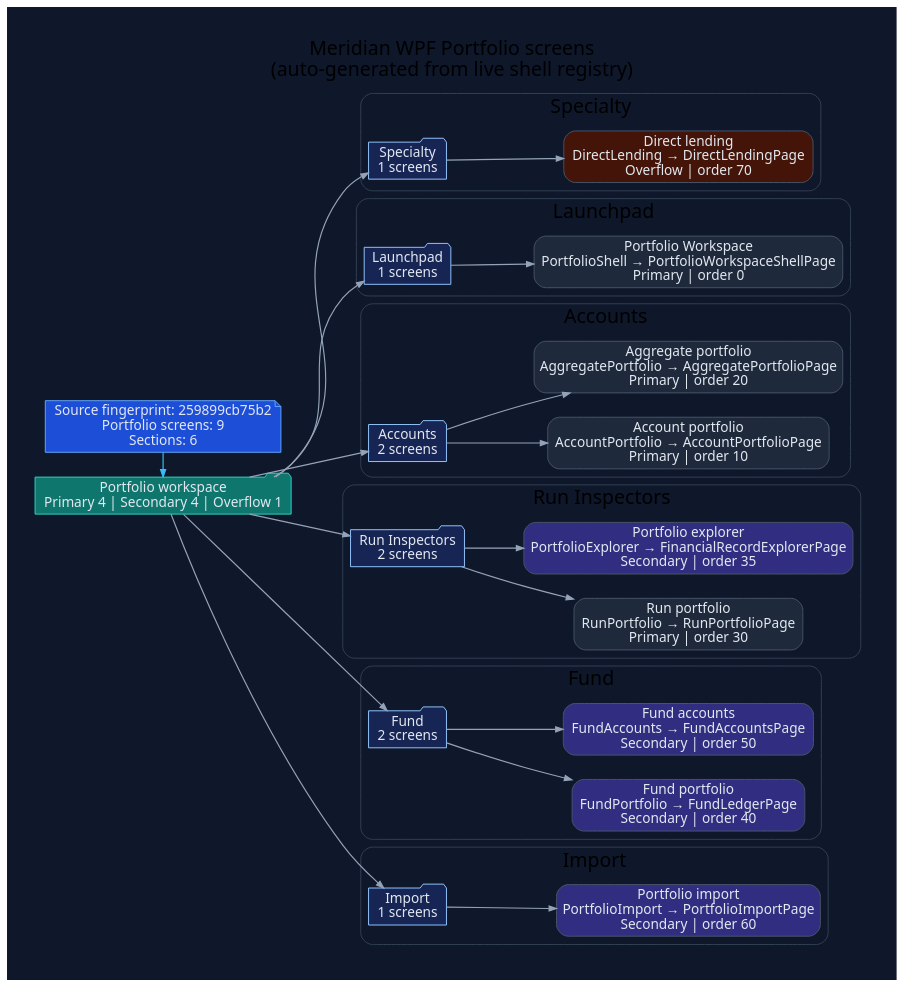
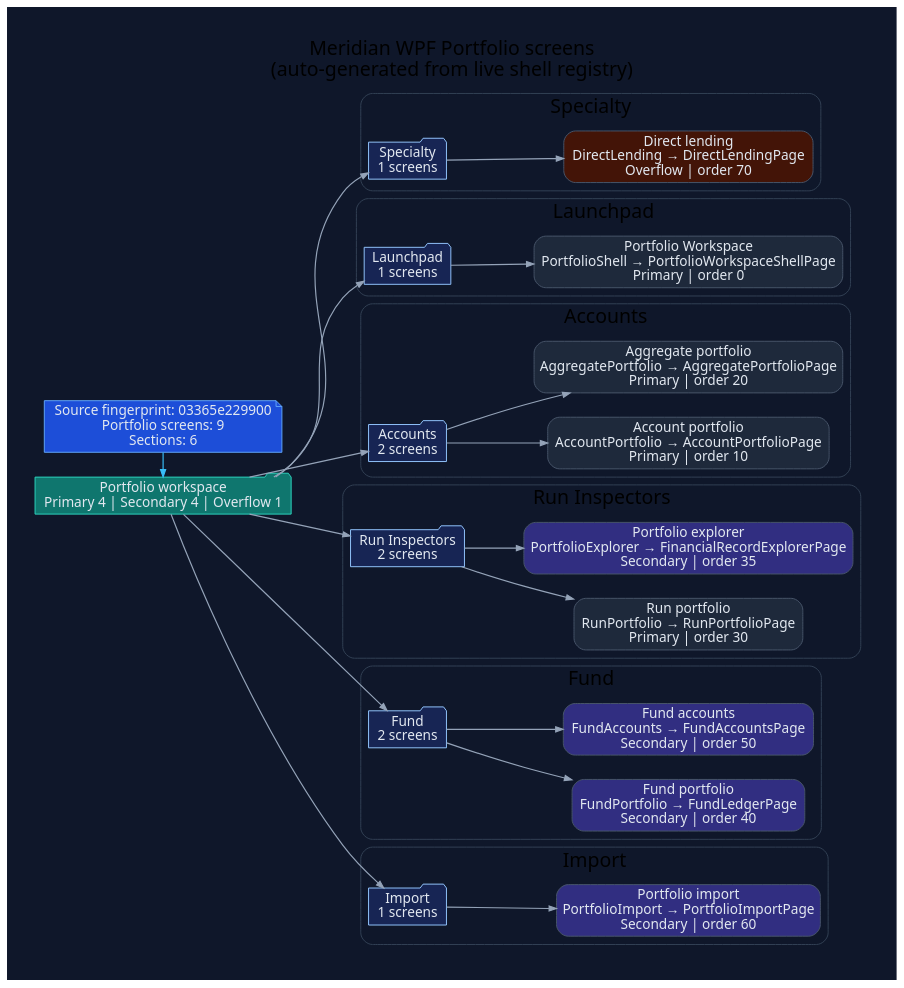
One commit to rodoHasArrived/Meridian-main changed the diagram in docs/diagrams/ui/ui-wpf-screens-portfolio.dot. Above: the diagram before and after it, drawn with Graphviz. The commit also changed 88 other files, not shown here.

```diff
--- a/docs/diagrams/ui/ui-wpf-screens-portfolio.dot
+++ b/docs/diagrams/ui/ui-wpf-screens-portfolio.dot
@@ -1,92 +1,92 @@
 // -----------------------------------------------------------------------------
 // <auto-generated>
 // Generated by scripts/generate-diagrams.mjs.
 // Do not edit this file directly; update the WPF source files instead.
 // -----------------------------------------------------------------------------
 digraph WpfPortfolioScreens {
   graph [
     rankdir=LR,
     labelloc=t,
     label="Meridian WPF Portfolio screens\n(auto-generated from live shell registry)",
     fontname="Segoe UI",
     fontsize=20,
     pad=0.4,
     nodesep=0.35,
     ranksep=0.85,
     bgcolor="#0f172a"
   ];
   node [fontname="Segoe UI", shape=box, style="rounded,filled", color="#475569", fontcolor="#e2e8f0", fillcolor="#1e293b"];
   edge [fontname="Segoe UI", color="#94a3b8", penwidth=1.2, arrowsize=0.75];
 
-  generated [shape=note, fillcolor="#1d4ed8", color="#60a5fa", label="Source fingerprint: 259899cb75b2\nPortfolio screens: 9\nSections: 6"];
+  generated [shape=note, fillcolor="#1d4ed8", color="#60a5fa", label="Source fingerprint: 03365e229900\nPortfolio screens: 9\nSections: 6"];
   workspace [shape=folder, fillcolor="#0f766e", color="#2dd4bf", label="Portfolio workspace\nPrimary 4 | Secondary 4 | Overflow 1"];
   generated -> workspace [color="#38bdf8"];
 
   subgraph cluster_section_1 {
     label="Specialty";
     color="#334155";
     style="rounded";
     section_1 [shape=folder, fillcolor="#172554", color="#93c5fd", label="Specialty\n1 screens"];
     workspace -> section_1;
     screen_DirectLending [fillcolor="#431407", label="Direct lending\nDirectLending → DirectLendingPage\nOverflow | order 70"];
     section_1 -> screen_DirectLending;
   }
 
   subgraph cluster_section_2 {
     label="Launchpad";
     color="#334155";
     style="rounded";
     section_2 [shape=folder, fillcolor="#172554", color="#93c5fd", label="Launchpad\n1 screens"];
     workspace -> section_2;
     screen_PortfolioShell [fillcolor="#1e293b", label="Portfolio Workspace\nPortfolioShell → PortfolioWorkspaceShellPage\nPrimary | order 0"];
     section_2 -> screen_PortfolioShell;
   }
 
   subgraph cluster_section_3 {
     label="Accounts";
     color="#334155";
     style="rounded";
     section_3 [shape=folder, fillcolor="#172554", color="#93c5fd", label="Accounts\n2 screens"];
     workspace -> section_3;
     screen_AccountPortfolio [fillcolor="#1e293b", label="Account portfolio\nAccountPortfolio → AccountPortfolioPage\nPrimary | order 10"];
     section_3 -> screen_AccountPortfolio;
     screen_AggregatePortfolio [fillcolor="#1e293b", label="Aggregate portfolio\nAggregatePortfolio → AggregatePortfolioPage\nPrimary | order 20"];
     section_3 -> screen_AggregatePortfolio;
   }
 
   subgraph cluster_section_4 {
     label="Run Inspectors";
     color="#334155";
     style="rounded";
     section_4 [shape=folder, fillcolor="#172554", color="#93c5fd", label="Run Inspectors\n2 screens"];
     workspace -> section_4;
     screen_RunPortfolio [fillcolor="#1e293b", label="Run portfolio\nRunPortfolio → RunPortfolioPage\nPrimary | order 30"];
     section_4 -> screen_RunPortfolio;
     screen_PortfolioExplorer [fillcolor="#312e81", label="Portfolio explorer\nPortfolioExplorer → FinancialRecordExplorerPage\nSecondary | order 35"];
     section_4 -> screen_PortfolioExplorer;
   }
 
   subgraph cluster_section_5 {
     label="Fund";
     color="#334155";
     style="rounded";
     section_5 [shape=folder, fillcolor="#172554", color="#93c5fd", label="Fund\n2 screens"];
     workspace -> section_5;
     screen_FundPortfolio [fillcolor="#312e81", label="Fund portfolio\nFundPortfolio → FundLedgerPage\nSecondary | order 40"];
     section_5 -> screen_FundPortfolio;
     screen_FundAccounts [fillcolor="#312e81", label="Fund accounts\nFundAccounts → FundAccountsPage\nSecondary | order 50"];
     section_5 -> screen_FundAccounts;
   }
 
   subgraph cluster_section_6 {
     label="Import";
     color="#334155";
     style="rounded";
     section_6 [shape=folder, fillcolor="#172554", color="#93c5fd", label="Import\n1 screens"];
     workspace -> section_6;
     screen_PortfolioImport [fillcolor="#312e81", label="Portfolio import\nPortfolioImport → PortfolioImportPage\nSecondary | order 60"];
     section_6 -> screen_PortfolioImport;
   }
 
   { rank=min; generated; workspace; }
 }
```
